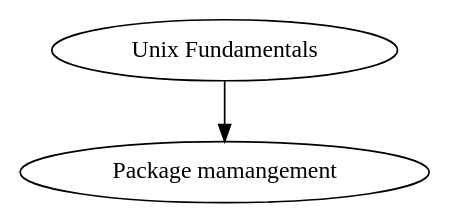
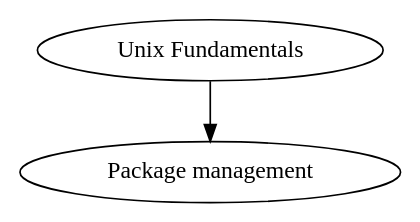
The diagram in package_management_101.rst (opsschool/curriculum), drawn with Graphviz before and after one commit.

Commit message:
Pedantic typo correction

```diff
--- a/package_management_101.rst
+++ b/package_management_101.rst
@@ -7,5 +7,5 @@
 .. graphviz::
 
    digraph foo {
-       "Unix Fundamentals" -> "Package mamangement";
+       "Unix Fundamentals" -> "Package management";
    }
```
